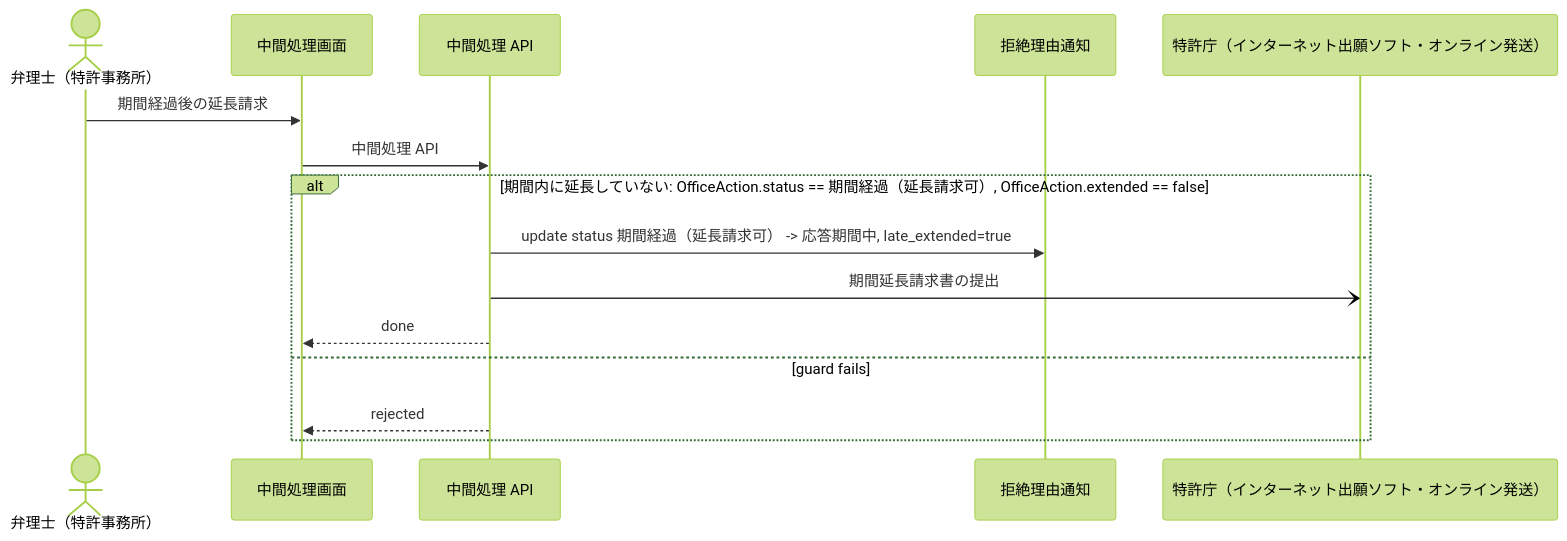
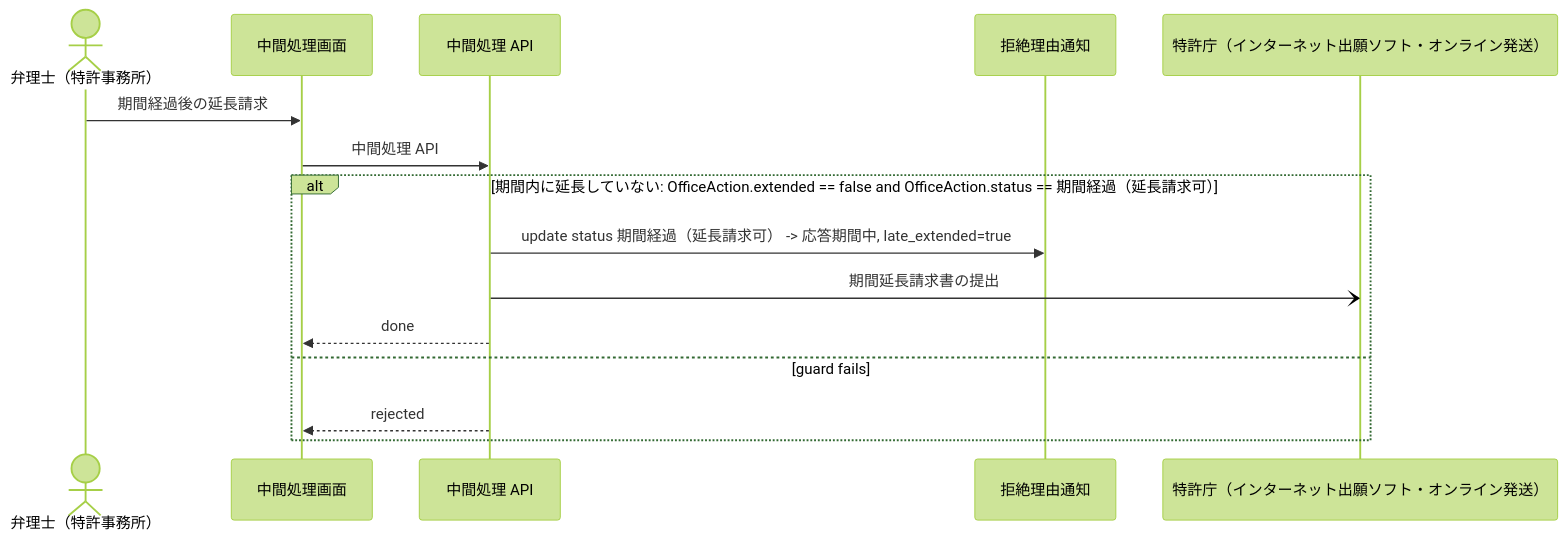
One commit to manji-0/rdra-ish-dsl changed the diagram in samples/patent-ops/out/uc/sequence_RequestLateExtension.mmd. Above: the diagram before and after it, drawn with Mermaid (forest theme). The commit also changed 19 other files, not shown here.

```diff
--- a/samples/patent-ops/out/uc/sequence_RequestLateExtension.mmd
+++ b/samples/patent-ops/out/uc/sequence_RequestLateExtension.mmd
@@ -1,18 +1,18 @@
 %% rdra-ish diagram=sequence scope=usecase:RequestLateExtension model=samples/patent-ops
 %% kinds: actor screen api entity extsystem
 %% omitted: buc step medium permission event condition
 sequenceDiagram
   actor actor__PatentAttorney as 弁理士（特許事務所）
   participant screen__OfficeActionScreen as 中間処理画面
   participant api__OfficeActionApi as 中間処理 API
   participant entity__OfficeAction as 拒絶理由通知
   participant extsystem__Jpo as 特許庁（インターネット出願ソフト・オンライン発送）
   actor__PatentAttorney ->> screen__OfficeActionScreen: 期間経過後の延長請求
   screen__OfficeActionScreen ->> api__OfficeActionApi: 中間処理 API
-  alt 期間内に延長していない: OfficeAction.status == 期間経過（延長請求可）, OfficeAction.extended == false
+  alt 期間内に延長していない: OfficeAction.extended == false and OfficeAction.status == 期間経過（延長請求可）
     api__OfficeActionApi ->> entity__OfficeAction: update status 期間経過（延長請求可） -> 応答期間中, late_extended=true
     api__OfficeActionApi -) extsystem__Jpo: 期間延長請求書の提出
     api__OfficeActionApi -->> screen__OfficeActionScreen: done
   else guard fails
     api__OfficeActionApi -->> screen__OfficeActionScreen: rejected
   end
```
